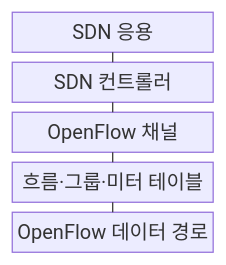
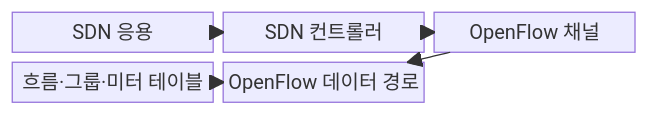
The first of 2 diagrams in src/content/docs/notes/04-network/058_sdn_controller_openflow.md (agnusdei1207/knowledge-base), drawn with Mermaid before and after one commit. The commit also changed other lines of this file and 20 other files, not shown here.

````diff
--- a/src/content/docs/notes/04-network/058_sdn_controller_openflow.md
+++ b/src/content/docs/notes/04-network/058_sdn_controller_openflow.md
@@ -54,13 +55,13 @@
 ```mermaid
 block-beta
-    columns 1
+    columns 3
     A["SDN 응용"]
     B["SDN 컨트롤러"]
     C["OpenFlow 채널"]
     D["흐름·그룹·미터 테이블"]
     E["OpenFlow 데이터 경로"]
-    A --- B
-    B --- C
-    C --- D
-    D --- E
+    A --> B
+    B --> C
+    C --> E
+    E --> D
 ```
````
